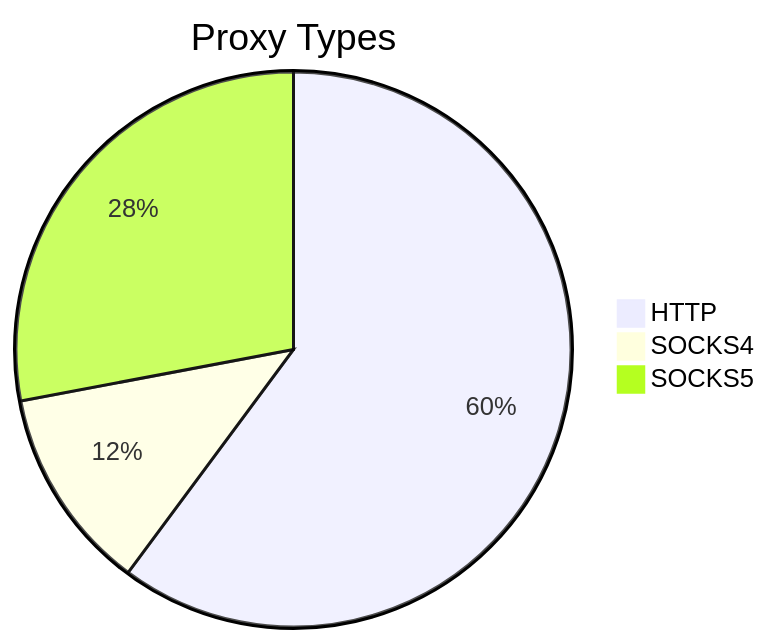
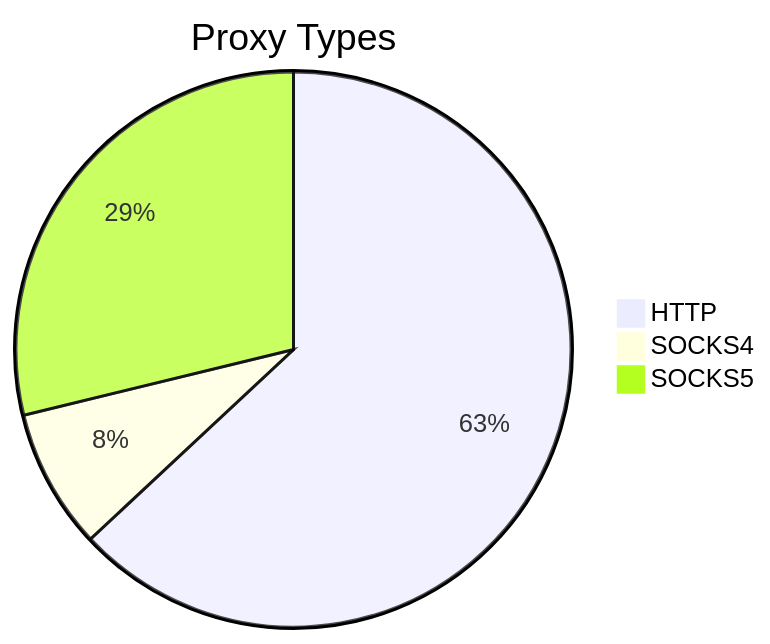
Before and after one commit to stormsia/proxy-list: the first of 2 diagrams in README.md, drawn with Mermaid. The commit also changed other lines of this file, not shown here.

````diff
--- a/README.md
+++ b/README.md
@@ -21,6 +21,6 @@
 ```mermaid
 pie title Proxy Types
-    "HTTP" : 157
-    "SOCKS4" : 31
-    "SOCKS5" : 73
+    "HTTP" : 116
+    "SOCKS4" : 15
+    "SOCKS5" : 53
 ```
````
